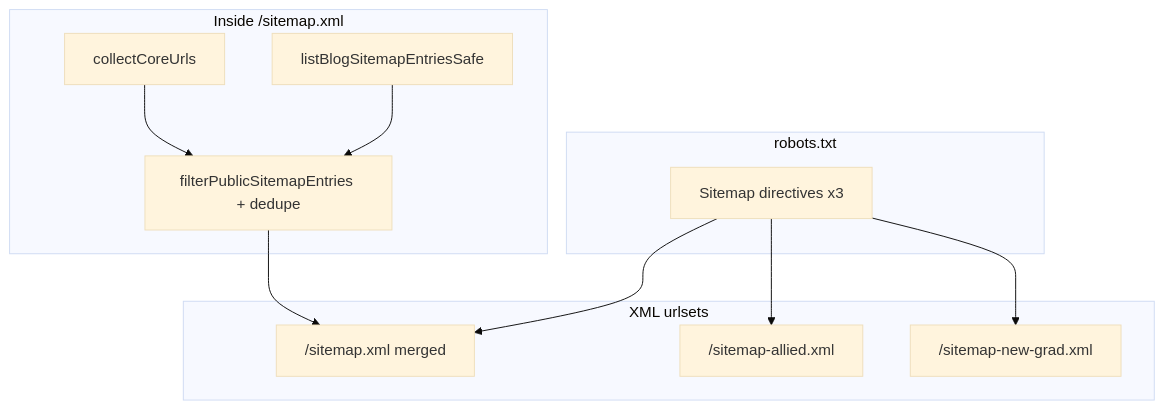
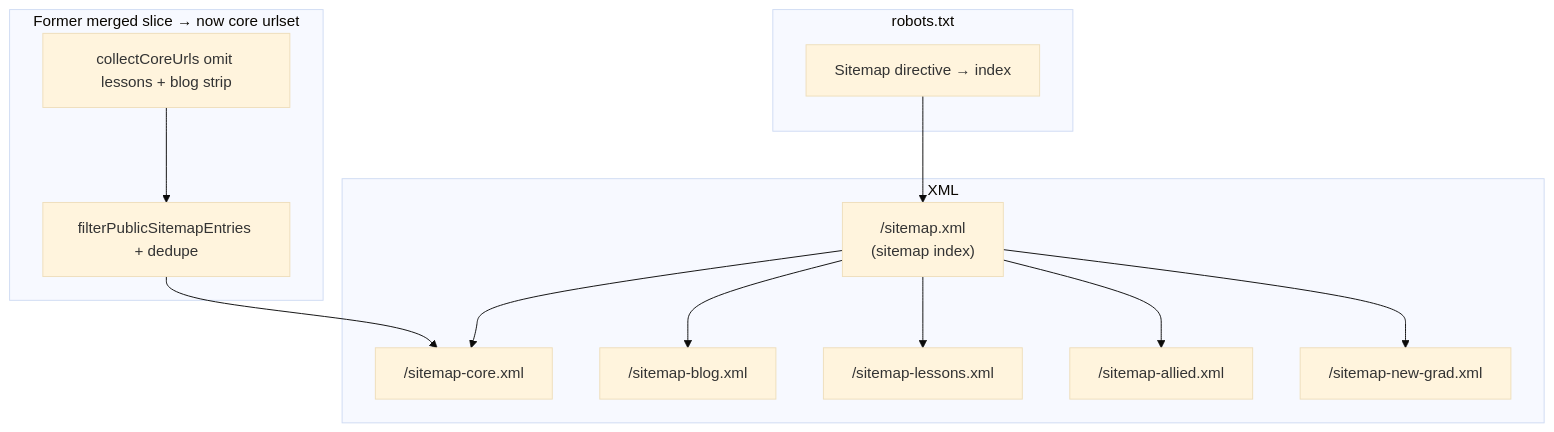
The first of 3 diagrams in docs/planning/sitemap-architecture-audit-and-roadmap.md (erikagodin6-jpg/nursenest-core), drawn with Mermaid (base theme) before and after one commit. The commit also changed other lines of this file and 20 other files, not shown here.

First line of the commit message:
feat(sitemap): restructure sitemap architecture for improved segmentation

````diff
--- a/docs/planning/sitemap-architecture-audit-and-roadmap.md
+++ b/docs/planning/sitemap-architecture-audit-and-roadmap.md
@@ -169,22 +169,26 @@
 ```mermaid
 flowchart TB
   subgraph robots["robots.txt"]
-    R[Sitemap directives x3]
+    R[Sitemap directive → index]
   end
-  subgraph maps["XML urlsets"]
-    M["/sitemap.xml merged"]
-    A["/sitemap-allied.xml"]
-    N["/sitemap-new-grad.xml"]
+  subgraph maps["XML"]
+    IDX["/sitemap.xml\n(sitemap index)"]
+    CO["/sitemap-core.xml"]
+    BL["/sitemap-blog.xml"]
+    LE["/sitemap-lessons.xml"]
+    AL["/sitemap-allied.xml"]
+    NG["/sitemap-new-grad.xml"]
   end
-  subgraph merged["Inside /sitemap.xml"]
-    C[collectCoreUrls]
-    B[listBlogSitemapEntriesSafe]
+  subgraph merged["Former merged slice → now core urlset"]
+    C[collectCoreUrls omit lessons + blog strip]
     F[filterPublicSitemapEntries + dedupe]
   end
-  R --> M
-  R --> A
-  R --> N
+  R --> IDX
+  IDX --> CO
+  IDX --> BL
+  IDX --> LE
+  IDX --> AL
+  IDX --> NG
   C --> F
-  B --> F
-  F --> M
+  F --> CO
 ```
````
